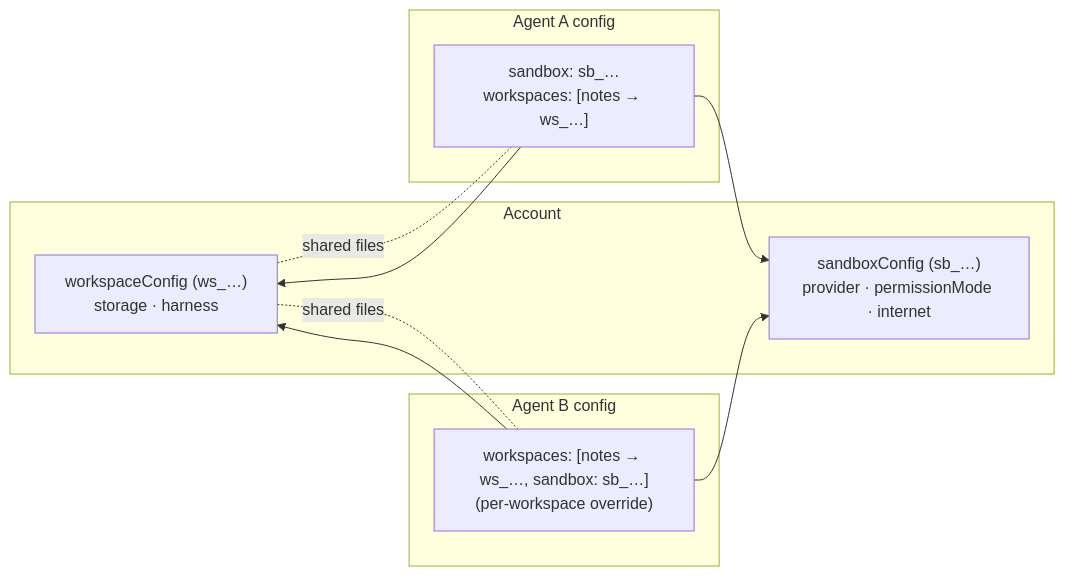
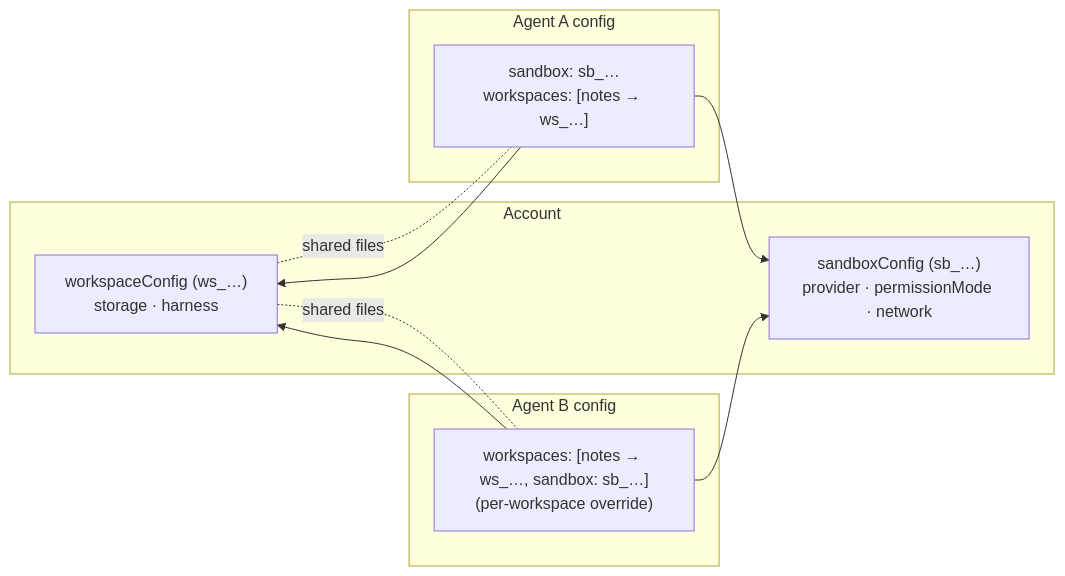
Before and after one commit to beeblastco/broods: the first of 2 diagrams in docs/workspace/index.md, drawn with Mermaid. The commit also changed other lines of this file and 35 other files, not shown here.

Commit message:
add vercel sandbox provider

````diff
--- a/docs/workspace/index.md
+++ b/docs/workspace/index.md
@@ -27,19 +27,19 @@
 ```mermaid
 flowchart LR
   subgraph Account
-    SB["sandboxConfig (sb_…)<br/>provider · permissionMode · internet"]
+    SB["sandboxConfig (sb_…)<br/>provider · permissionMode · network"]
     WS["workspaceConfig (ws_…)<br/>storage · harness"]
   end
   subgraph AgentA["Agent A config"]
     A["sandbox: sb_…<br/>workspaces: [notes → ws_…]"]
   end
   subgraph AgentB["Agent B config"]
     B["workspaces: [notes → ws_…, sandbox: sb_…]<br/>(per-workspace override)"]
   end
   A --> SB
   A --> WS
   B --> SB
   B --> WS
   WS -. shared files .- A
   WS -. shared files .- B
 ```
````
